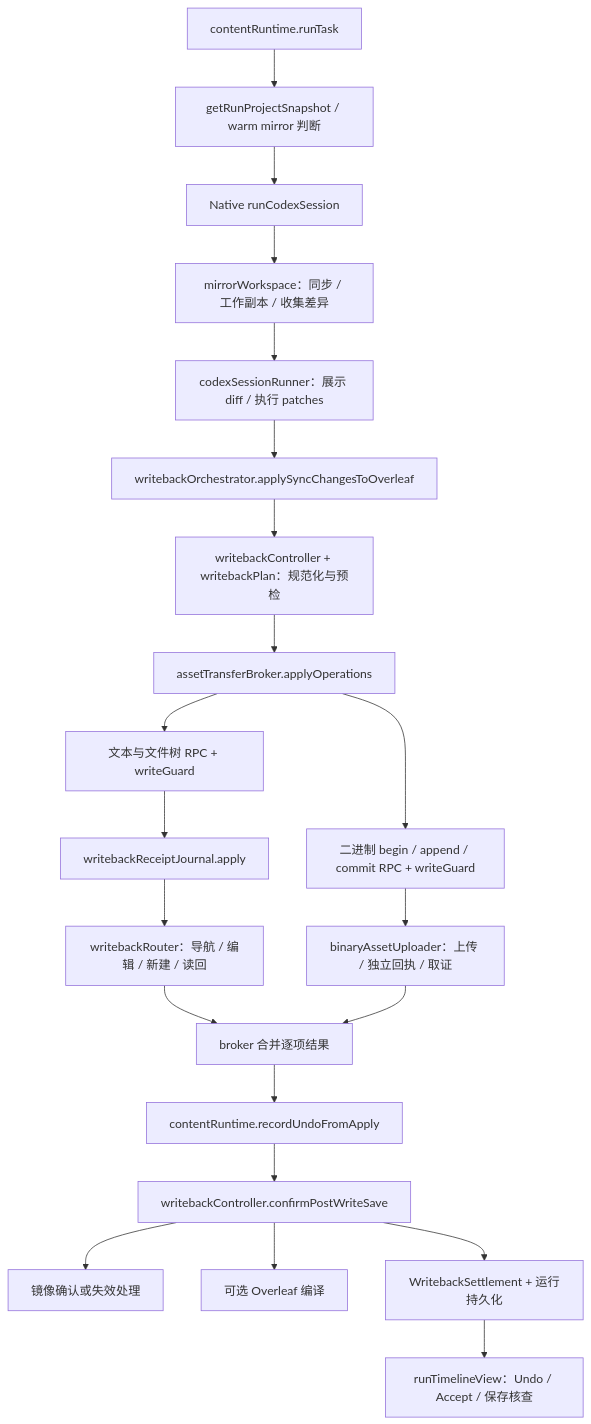
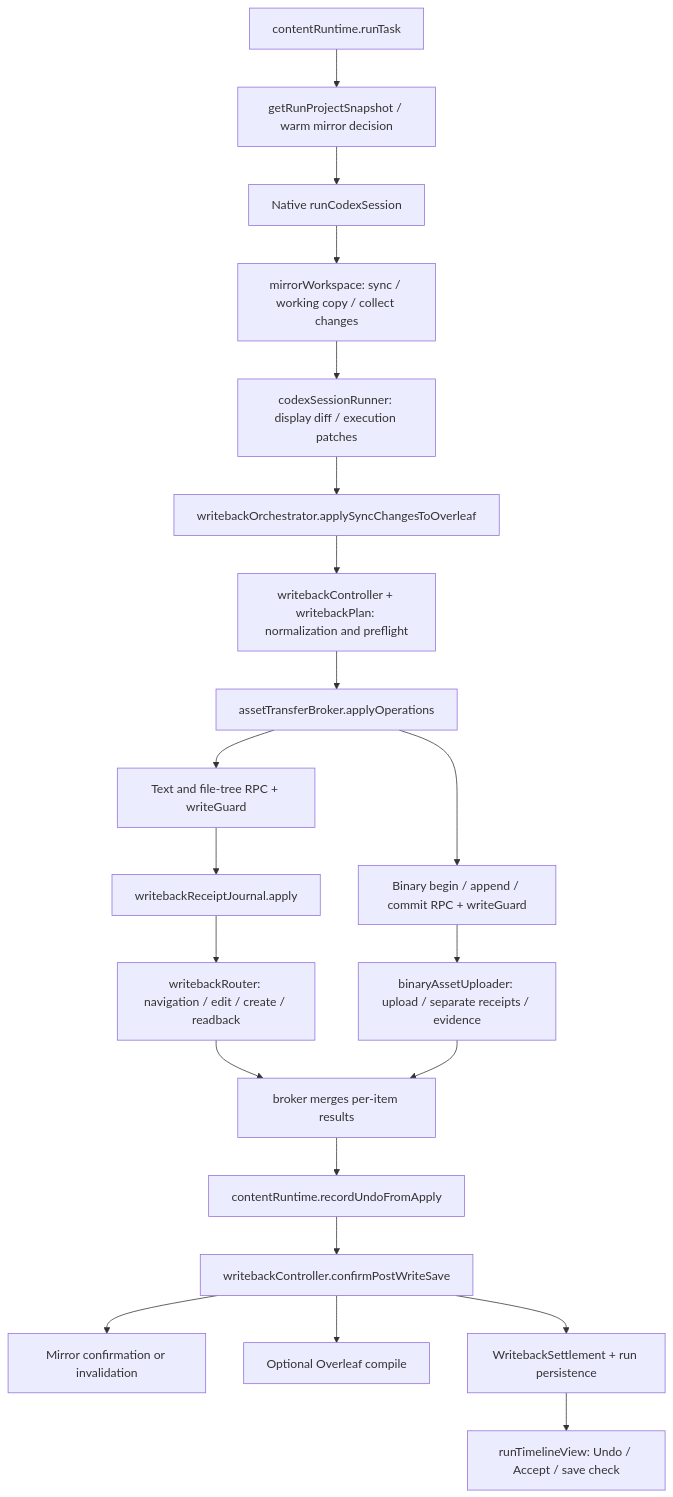
The diagram in docs/architecture/auto-edit-undo.md (Ghqqqq/codex-overleaf-link), drawn with Mermaid before and after one commit. The commit also changed other lines of this file and 14 other files, not shown here.

Commit message:
docs: translate architecture guide to English and correct navigation

````diff
--- a/docs/architecture/auto-edit-undo.md
+++ b/docs/architecture/auto-edit-undo.md
@@ -41,23 +41,23 @@
 ```mermaid
 flowchart TD
-    A[contentRuntime.runTask] --> B[getRunProjectSnapshot / warm mirror 判断]
+    A[contentRuntime.runTask] --> B[getRunProjectSnapshot / warm mirror decision]
     B --> C[Native runCodexSession]
-    C --> D[mirrorWorkspace：同步 / 工作副本 / 收集差异]
-    D --> T[codexSessionRunner：展示 diff / 执行 patches]
+    C --> D[mirrorWorkspace: sync / working copy / collect changes]
+    D --> T[codexSessionRunner: display diff / execution patches]
     T --> E[writebackOrchestrator.applySyncChangesToOverleaf]
-    E --> F[writebackController + writebackPlan：规范化与预检]
+    E --> F[writebackController + writebackPlan: normalization and preflight]
     F --> G[assetTransferBroker.applyOperations]
-    G --> H[文本与文件树 RPC + writeGuard]
+    G --> H[Text and file-tree RPC + writeGuard]
     H --> I[writebackReceiptJournal.apply]
-    I --> J[writebackRouter：导航 / 编辑 / 新建 / 读回]
-    G --> Q[二进制 begin / append / commit RPC + writeGuard]
-    Q --> R[binaryAssetUploader：上传 / 独立回执 / 取证]
-    J --> S[broker 合并逐项结果]
+    I --> J[writebackRouter: navigation / edit / create / readback]
+    G --> Q[Binary begin / append / commit RPC + writeGuard]
+    Q --> R[binaryAssetUploader: upload / separate receipts / evidence]
+    J --> S[broker merges per-item results]
     R --> S
     S --> K[contentRuntime.recordUndoFromApply]
     K --> L[writebackController.confirmPostWriteSave]
-    L --> M[镜像确认或失效处理]
-    L --> N[可选 Overleaf 编译]
-    L --> O[WritebackSettlement + 运行持久化]
-    O --> P[runTimelineView：Undo / Accept / 保存核查]
+    L --> M[Mirror confirmation or invalidation]
+    L --> N[Optional Overleaf compile]
+    L --> O[WritebackSettlement + run persistence]
+    O --> P[runTimelineView: Undo / Accept / save check]
 ```
````
